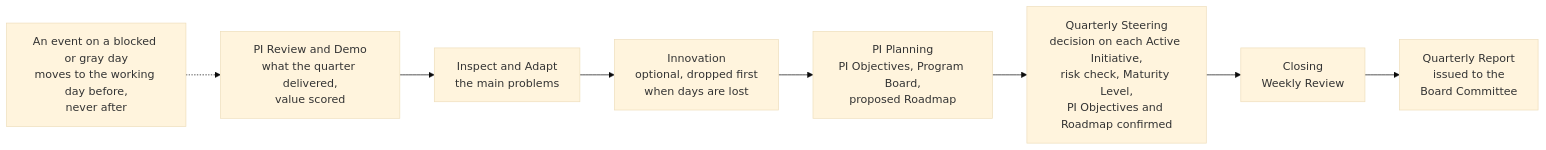
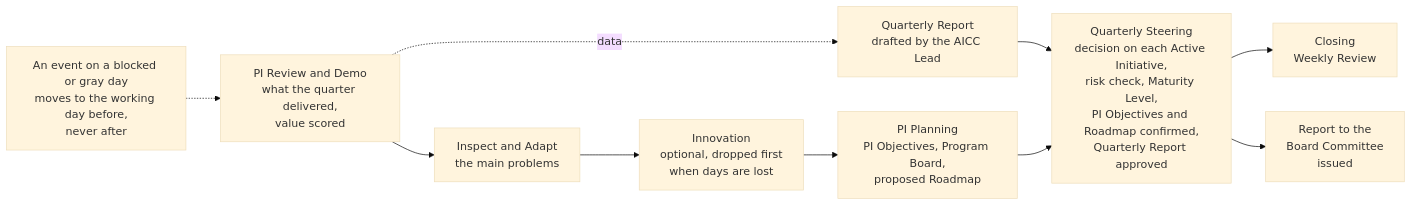
Before and after one commit to devhogu/ob-aicc: the fourth of 4 diagrams in charter/guides/cadence-guide.md, drawn with Mermaid (base theme). The commit also changed other lines of this file and 455 other files, not shown here.

First line of the commit message:
Charter and Registry at revision 2.0: the documents carry what the portal states by intent (DR-2026-062)

````diff
--- a/charter/guides/cadence-guide.md
+++ b/charter/guides/cadence-guide.md
@@ -104,10 +105,12 @@
 ```mermaid
 flowchart LR
   PR["PI Review and Demo<br/>what the quarter delivered,<br/>value scored"] --> IA["Inspect and Adapt<br/>the main problems"]
   IA --> IN["Innovation<br/>optional, dropped first<br/>when days are lost"]
   IN --> PP["PI Planning<br/>PI Objectives, Program Board,<br/>proposed Roadmap"]
-  PP --> QS["Quarterly Steering<br/>decision on each Active Initiative,<br/>risk check, Maturity Level,<br/>PI Objectives and Roadmap confirmed"]
+  PR -.->|"data"| QR["Quarterly Report<br/>drafted by the AICC Lead"]
+  QR --> QS
+  PP --> QS["Quarterly Steering<br/>decision on each Active Initiative,<br/>risk check, Maturity Level,<br/>PI Objectives and Roadmap confirmed,<br/>Quarterly Report approved"]
   QS --> WR["Closing<br/>Weekly Review"]
-  WR --> QR["Quarterly Report<br/>issued to the<br/>Board Committee"]
+  QS --> BC["Report to the<br/>Board Committee<br/>issued"]
   RULE["An event on a blocked or gray day<br/>moves to the working day before,<br/>never after"] -.-> PR
 ```
````
